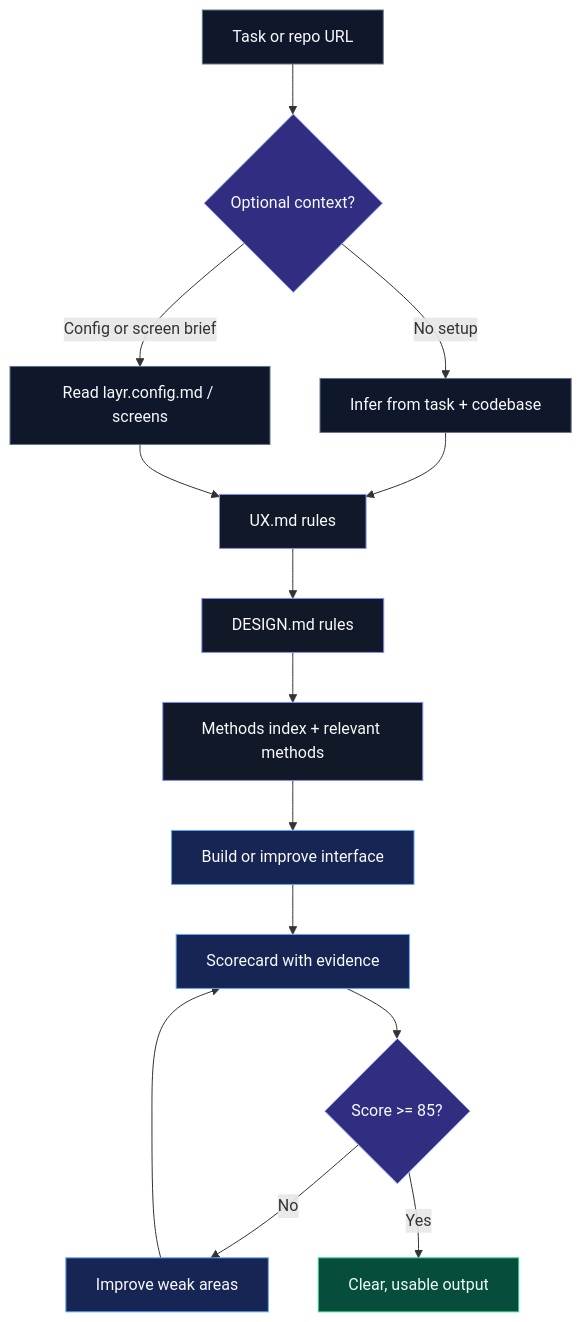
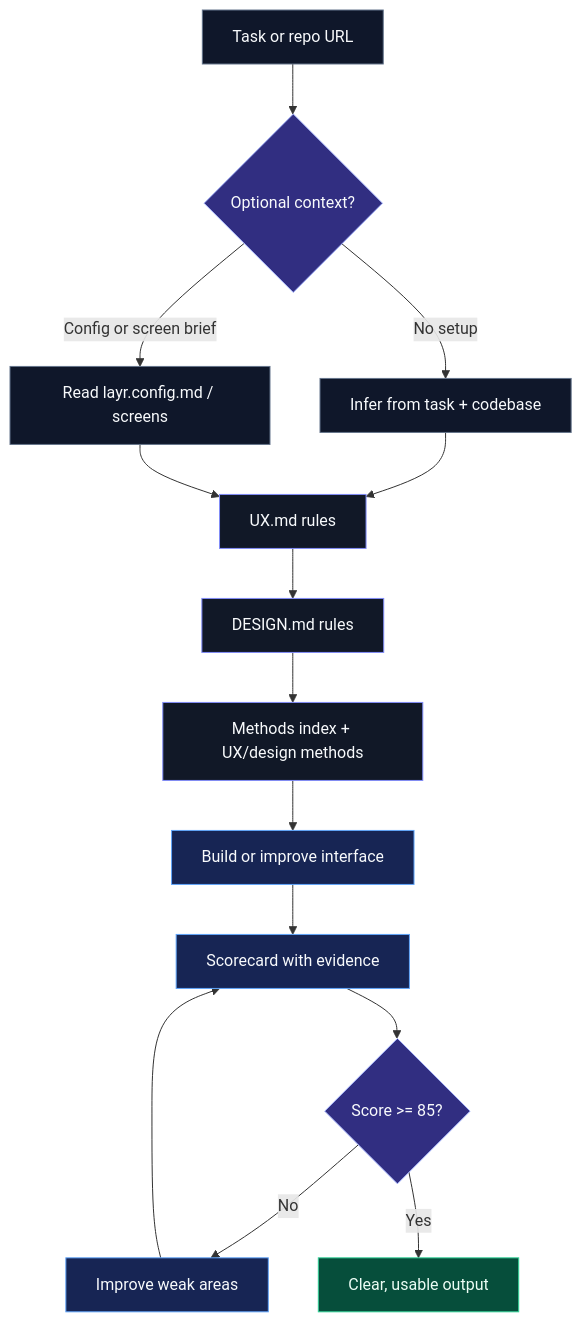
One commit to Mike-Moore100/UX-Design-System-for-AI changed the diagram in README.md. Above: the diagram before and after it, drawn with Mermaid. The commit also changed other lines of this file and 42 other files, not shown here.

Commit message:
Add modular roadmap and design methods

````diff
--- a/README.md
+++ b/README.md
@@ -166,28 +170,28 @@
 ```mermaid
 flowchart TD
     A["Task or repo URL"] --> B{"Optional context?"}
     B -- "No setup" --> C["Infer from task + codebase"]
     B -- "Config or screen brief" --> D["Read layr.config.md / screens"]
     C --> E["UX.md rules"]
     D --> E
     E --> F["DESIGN.md rules"]
-    F --> G["Methods index + relevant methods"]
+    F --> G["Methods index + UX/design methods"]
     G --> H["Build or improve interface"]
     H --> I["Scorecard with evidence"]
     I --> J{"Score >= 85?"}
     J -- "No" --> K["Improve weak areas"]
     K --> I
     J -- "Yes" --> L["Clear, usable output"]
 
     classDef input fill:#0f172a,stroke:#64748b,color:#f8fafc;
     classDef rules fill:#111827,stroke:#818cf8,color:#f8fafc;
     classDef action fill:#172554,stroke:#60a5fa,color:#f8fafc;
     classDef decision fill:#312e81,stroke:#a5b4fc,color:#f8fafc;
     classDef output fill:#064e3b,stroke:#34d399,color:#ecfdf5;
 
     class A,C,D input;
     class E,F,G rules;
     class H,I,K action;
     class B,J decision;
     class L output;
 ```
````
